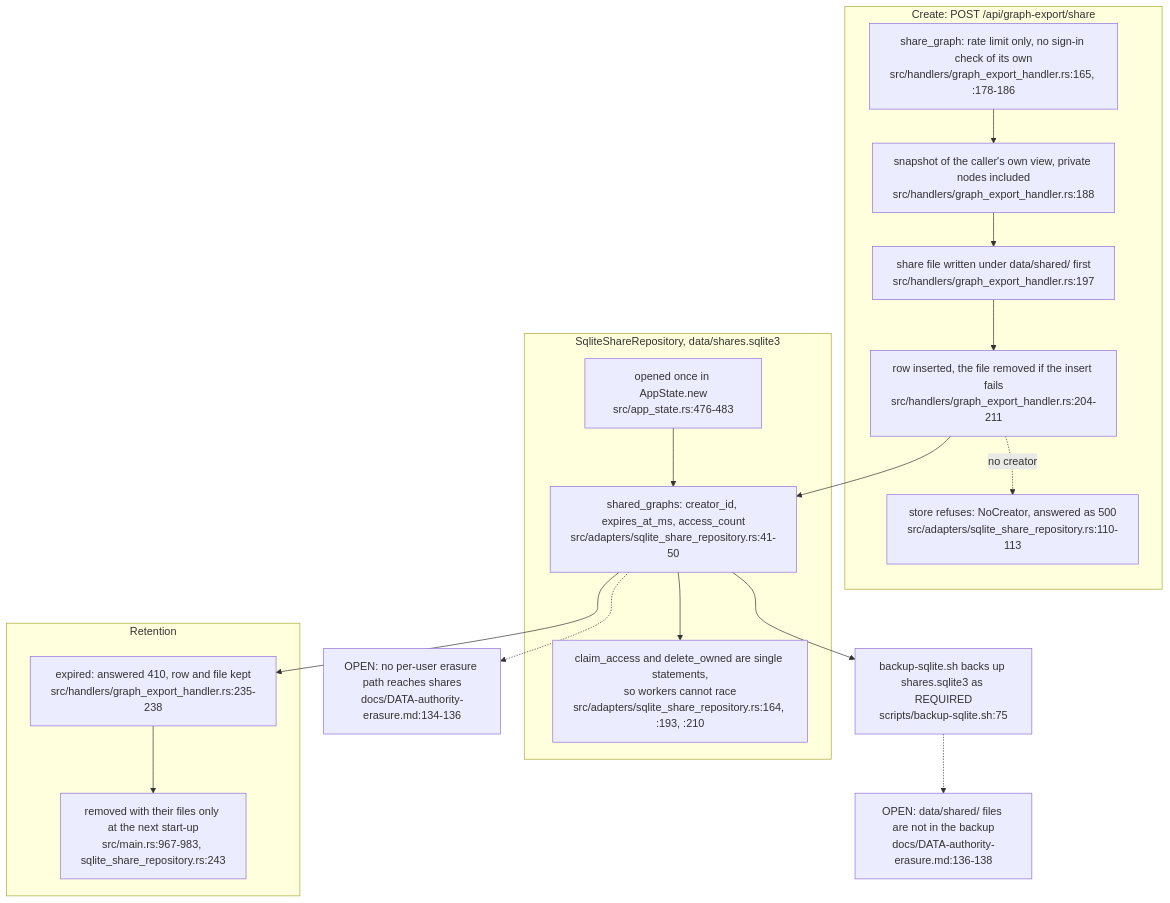
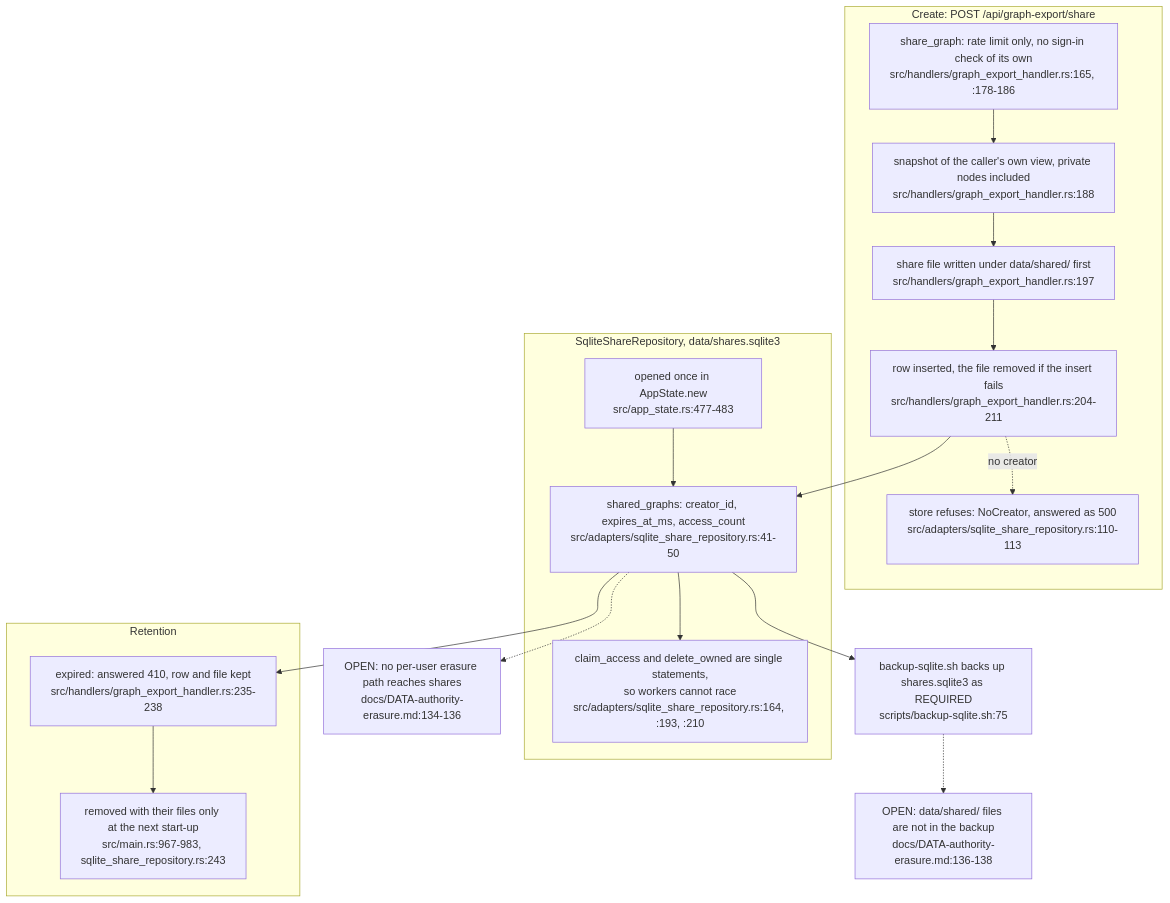
Diagram 14 of 14 in docs/diagrams/visionclaw/22-data-authority-provenance-erasure.md (DreamLab-AI/VisionFlow), drawn with Mermaid before and after one commit. The commit also changed other lines of this file and 1 other file, not shown here.

Commit message:
diagrams(visionclaw): fix three skeptic-found citation ranges at visionclaw 4900ec60b
- VC-23 NoFence: the content.starts_with("---\n") and no-fence / no-"::"
  asserts are at src/actors/elevation_actor.rs:2046-2048, not 2042-2045
  (2042 is the path assert_eq, 2043-2045 a blank line and comment).
- VC-22 business line: the source-review section of
  docs/DATA-authority-erasure.md runs 275-290 (heading to section end);
  276 was blank and 290 was left out.
- VC-22 share store node: opened at src/app_state.rs:477-483, matching the
  drift prose; 476 is the comment line.

````diff
--- a/docs/diagrams/visionclaw/22-data-authority-provenance-erasure.md
+++ b/docs/diagrams/visionclaw/22-data-authority-provenance-erasure.md
@@ -560,26 +560,26 @@
 ```mermaid
 flowchart TB
     subgraph WRITE["Create: POST /api/graph-export/share"]
         SH["share_graph: rate limit only, no sign-in check of its own<br/>src/handlers/graph_export_handler.rs:165, :178-186"]
         SH --> VIEW["snapshot of the caller's own view, private nodes included<br/>src/handlers/graph_export_handler.rs:188"]
         VIEW --> FILE["share file written under data/shared/ first<br/>src/handlers/graph_export_handler.rs:197"]
         FILE --> ROW["row inserted, the file removed if the insert fails<br/>src/handlers/graph_export_handler.rs:204-211"]
         ROW -.->|"no creator"| NC["store refuses: NoCreator, answered as 500<br/>src/adapters/sqlite_share_repository.rs:110-113"]
     end
     subgraph STORE["SqliteShareRepository, data/shares.sqlite3"]
-        OPEN["opened once in AppState.new<br/>src/app_state.rs:476-483"]
+        OPEN["opened once in AppState.new<br/>src/app_state.rs:477-483"]
         TBL["shared_graphs: creator_id, expires_at_ms, access_count<br/>src/adapters/sqlite_share_repository.rs:41-50"]
         CLAIM["claim_access and delete_owned are single statements,<br/>so workers cannot race<br/>src/adapters/sqlite_share_repository.rs:164, :193, :210"]
         OPEN --> TBL --> CLAIM
     end
     ROW --> TBL
     subgraph LIFE["Retention"]
         GONE["expired: answered 410, row and file kept<br/>src/handlers/graph_export_handler.rs:235-238"]
         SWEEP["removed with their files only at the next start-up<br/>src/main.rs:967-983, sqlite_share_repository.rs:243"]
         GONE --> SWEEP
     end
     TBL --> GONE
     TBL --> BK["backup-sqlite.sh backs up shares.sqlite3 as REQUIRED<br/>scripts/backup-sqlite.sh:75"]
     BK -.-> NOFILES["OPEN: data/shared/ files are not in the backup<br/>docs/DATA-authority-erasure.md:136-138"]
     TBL -.-> NOERASE["OPEN: no per-user erasure path reaches shares<br/>docs/DATA-authority-erasure.md:134-136"]
 ```
````
